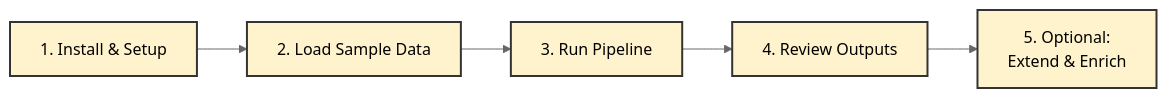
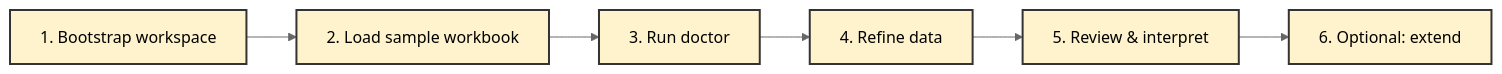
The diagram in docs/tutorials/quickstart.md (IAmJonoBo/Hotpass-Win64), drawn with Mermaid (neutral theme) before and after one commit. The commit also changed other lines of this file and 4 other files, not shown here.

````diff
--- a/docs/tutorials/quickstart.md
+++ b/docs/tutorials/quickstart.md
@@ -13,10 +13,11 @@
 ```{mermaid}
 flowchart LR
-    Setup[1. Install & Setup] --> Sample[2. Load Sample Data]
-    Sample --> Run[3. Run Pipeline]
-    Run --> Review[4. Review Outputs]
-    Review --> Extend[5. Optional:<br/>Extend & Enrich]
+    Setup[1. Bootstrap workspace] --> Sample[2. Load sample workbook]
+    Sample --> Doctor[3. Run doctor]
+    Doctor --> Run[4. Refine data]
+    Run --> Review[5. Review & interpret]
+    Review --> Extend[6. Optional: extend]
 
     classDef step fill:#fff3cd,stroke:#333,stroke-width:2px
-    class Setup,Sample,Run,Review,Extend step
+    class Setup,Sample,Doctor,Run,Review,Extend step
 ```
````
